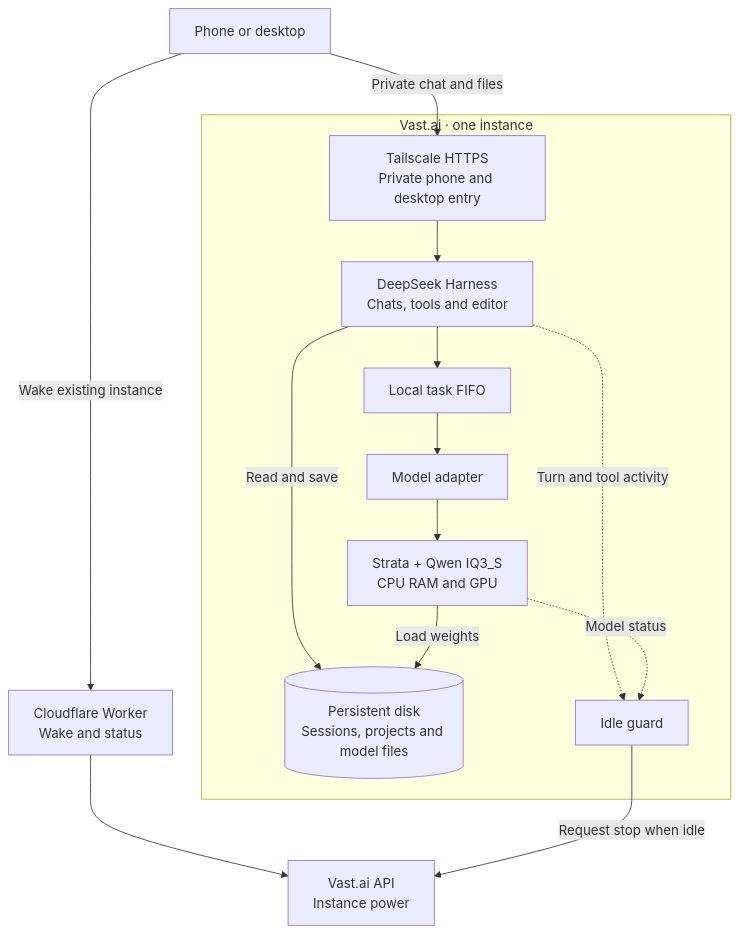
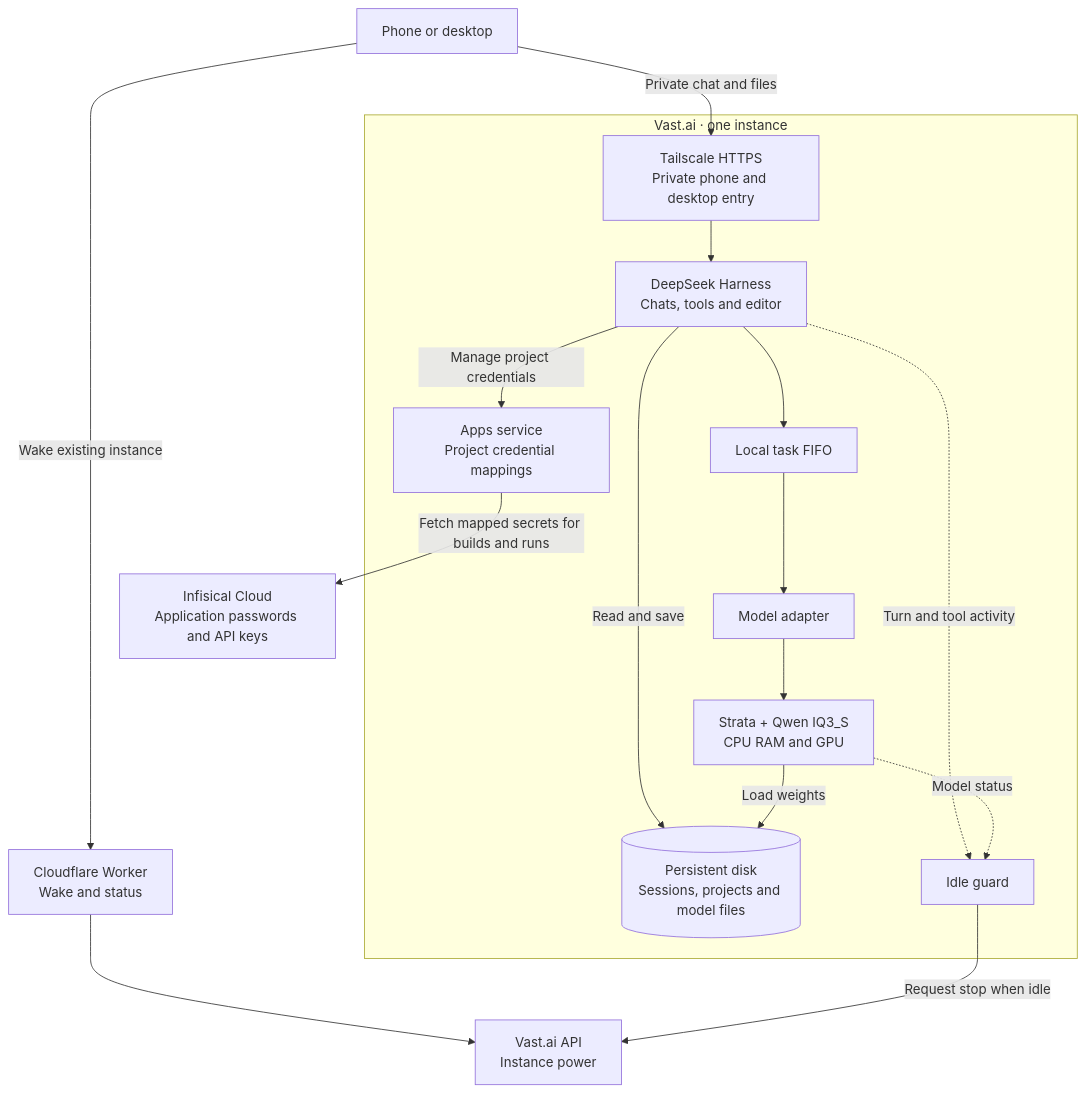
The first of 2 diagrams in README.md (Jeycob/StrataDashSeek), drawn with Mermaid before and after one commit. The commit also changed other lines of this file and 1 other file, not shown here.

Commit message:
Document the application credential vault in the README and architecture

````diff
--- a/README.md
+++ b/README.md
@@ -14,25 +14,29 @@
 ```mermaid
 flowchart TB
     client["Phone or desktop"]
     wake["Cloudflare Worker<br/>Wake and status"]
     api["Vast.ai API<br/>Instance power"]
+    vault["Infisical Cloud<br/>Application passwords and API keys"]
     client -->|Wake existing instance| wake
     wake --> api
     subgraph host["Vast.ai · one instance"]
         edge["Tailscale HTTPS<br/>Private phone and desktop entry"]
         harness["DeepSeek Harness<br/>Chats, tools and editor"]
+        apps["Apps service<br/>Project credential mappings"]
         scheduler["Local task FIFO"]
         adapter["Model adapter"]
         strata["Strata + Qwen IQ3_S<br/>CPU RAM and GPU"]
         disk[("Persistent disk<br/>Sessions, projects and model files")]
         guard["Idle guard"]
         edge --> harness
+        harness -->|Manage project credentials| apps
         harness --> scheduler --> adapter --> strata
         harness -->|Read and save| disk
         strata -->|Load weights| disk
         harness -.->|Turn and tool activity| guard
         strata -.->|Model status| guard
     end
     client -->|Private chat and files| edge
+    apps -->|Fetch mapped secrets for builds and runs| vault
     guard -->|Request stop when idle| api
 ```
````
